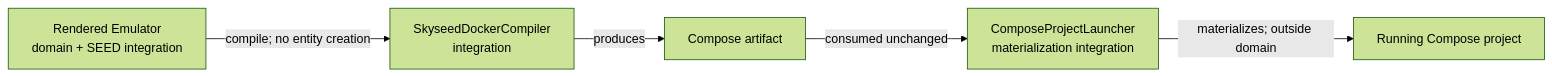
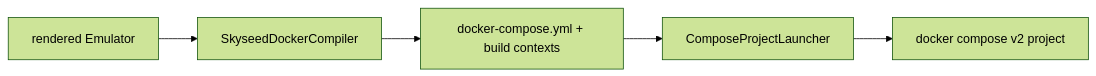
The seventh of 7 diagrams in skyseed_v2/docs/architecture/diagrams.md (seed-labs/skyseed), drawn with Mermaid (forest theme) before and after one commit. The commit also changed other lines of this file and 22 other files, not shown here.

Commit message:
Synchronize package architecture records

````diff
--- a/skyseed_v2/docs/architecture/diagrams.md
+++ b/skyseed_v2/docs/architecture/diagrams.md
@@ -340,13 +150,7 @@
 ```mermaid
 flowchart LR
-    Emulator[Rendered Emulator<br/>domain + SEED integration]
-    Compiler[SkyseedDockerCompiler<br/>integration]
-    Compose[Compose artifact]
-    Launcher[ComposeProjectLauncher<br/>materialization integration]
-    Project[Running Compose project]
-
-    Emulator -->|compile; no entity creation| Compiler
-    Compiler -->|produces| Compose
-    Compose -->|consumed unchanged| Launcher
-    Launcher -->|materializes; outside domain| Project
+    E[rendered Emulator] --> C[SkyseedDockerCompiler]
+    C --> D[docker-compose.yml + build contexts]
+    D --> L[ComposeProjectLauncher]
+    L --> P[docker compose v2 project]
 ```
````
